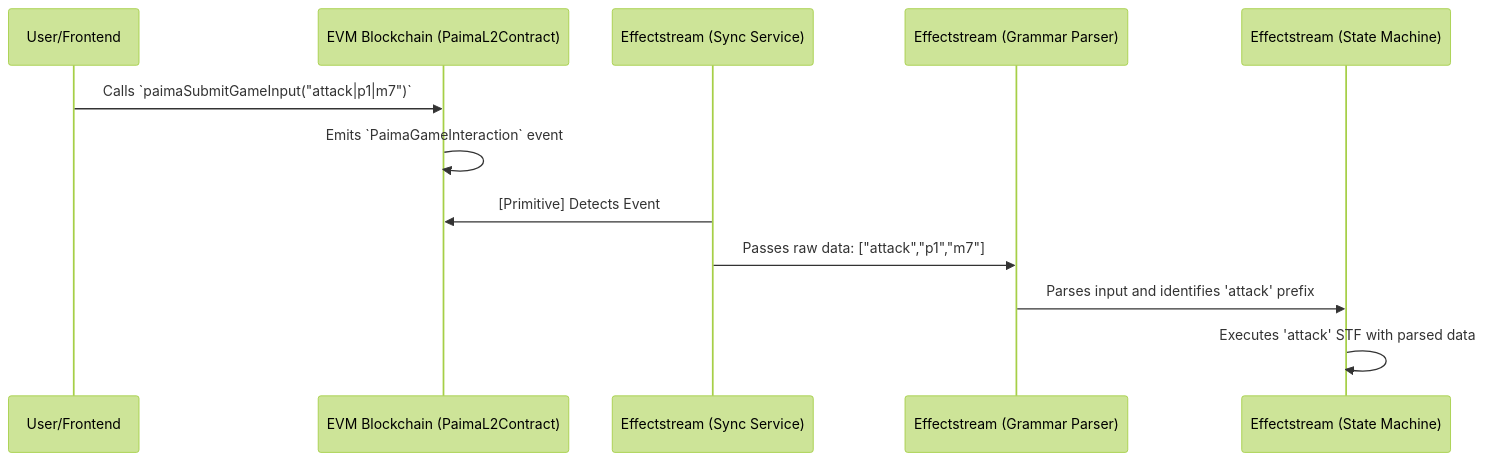
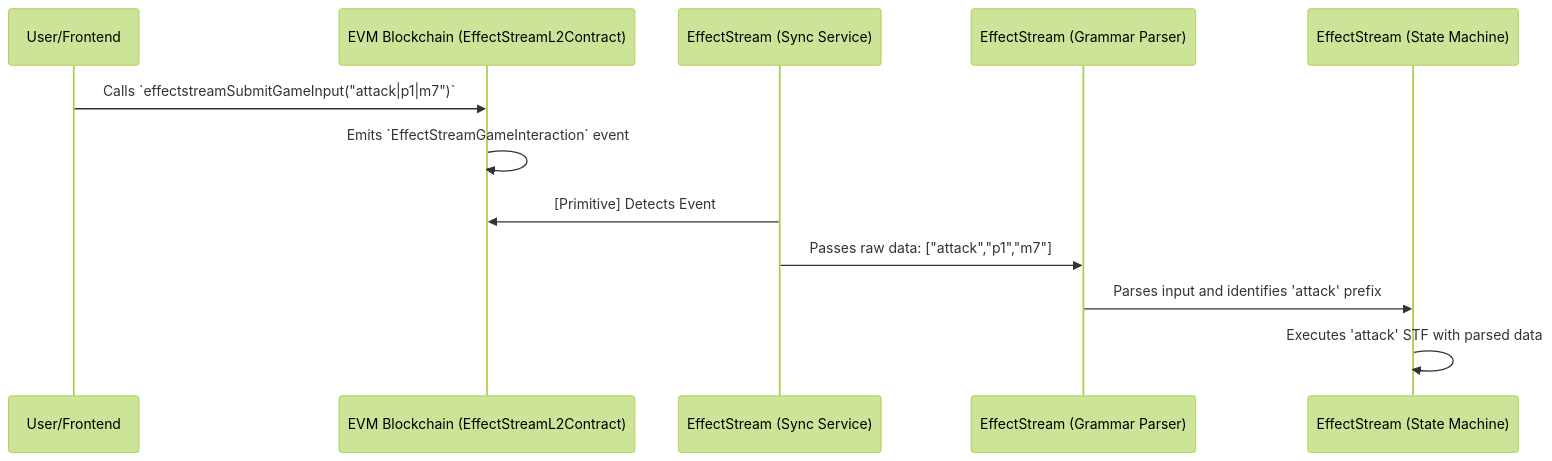
One commit to effectstream/effectstream changed the diagram in docs/site/docs/home/100-components/104-l2-contract.md. Above: the diagram before and after it, drawn with Mermaid (forest theme). The commit also changed other lines of this file and 103 other files, not shown here.

First line of the commit message:
docs: rebrand site to EffectStream, add blog posts and images

````diff
--- a/docs/site/docs/home/100-components/104-l2-contract.md
+++ b/docs/site/docs/home/100-components/104-l2-contract.md
@@ -51,15 +51,15 @@
 ```mermaid
 sequenceDiagram
     participant User/Frontend
-    participant EVM Blockchain (PaimaL2Contract)
-    participant Effectstream (Sync Service)
-    participant Effectstream (Grammar Parser)
-    participant Effectstream (State Machine)
+    participant EVM Blockchain (EffectStreamL2Contract)
+    participant EffectStream (Sync Service)
+    participant EffectStream (Grammar Parser)
+    participant EffectStream (State Machine)
 
-    User/Frontend->>EVM Blockchain (PaimaL2Contract): Calls `paimaSubmitGameInput("attack|p1|m7")`
-    EVM Blockchain (PaimaL2Contract)->>EVM Blockchain (PaimaL2Contract): Emits `PaimaGameInteraction` event
-    Effectstream (Sync Service)->>EVM Blockchain (PaimaL2Contract): [Primitive] Detects Event
-    Effectstream (Sync Service)->>Effectstream (Grammar Parser): Passes raw data: ["attack","p1","m7"]
-    Effectstream (Grammar Parser)->>Effectstream (State Machine): Parses input and identifies 'attack' prefix
-    Effectstream (State Machine)->>Effectstream (State Machine): Executes 'attack' STF with parsed data
+    User/Frontend->>EVM Blockchain (EffectStreamL2Contract): Calls `effectstreamSubmitGameInput("attack|p1|m7")`
+    EVM Blockchain (EffectStreamL2Contract)->>EVM Blockchain (EffectStreamL2Contract): Emits `EffectStreamGameInteraction` event
+    EffectStream (Sync Service)->>EVM Blockchain (EffectStreamL2Contract): [Primitive] Detects Event
+    EffectStream (Sync Service)->>EffectStream (Grammar Parser): Passes raw data: ["attack","p1","m7"]
+    EffectStream (Grammar Parser)->>EffectStream (State Machine): Parses input and identifies 'attack' prefix
+    EffectStream (State Machine)->>EffectStream (State Machine): Executes 'attack' STF with parsed data
 ```
````
